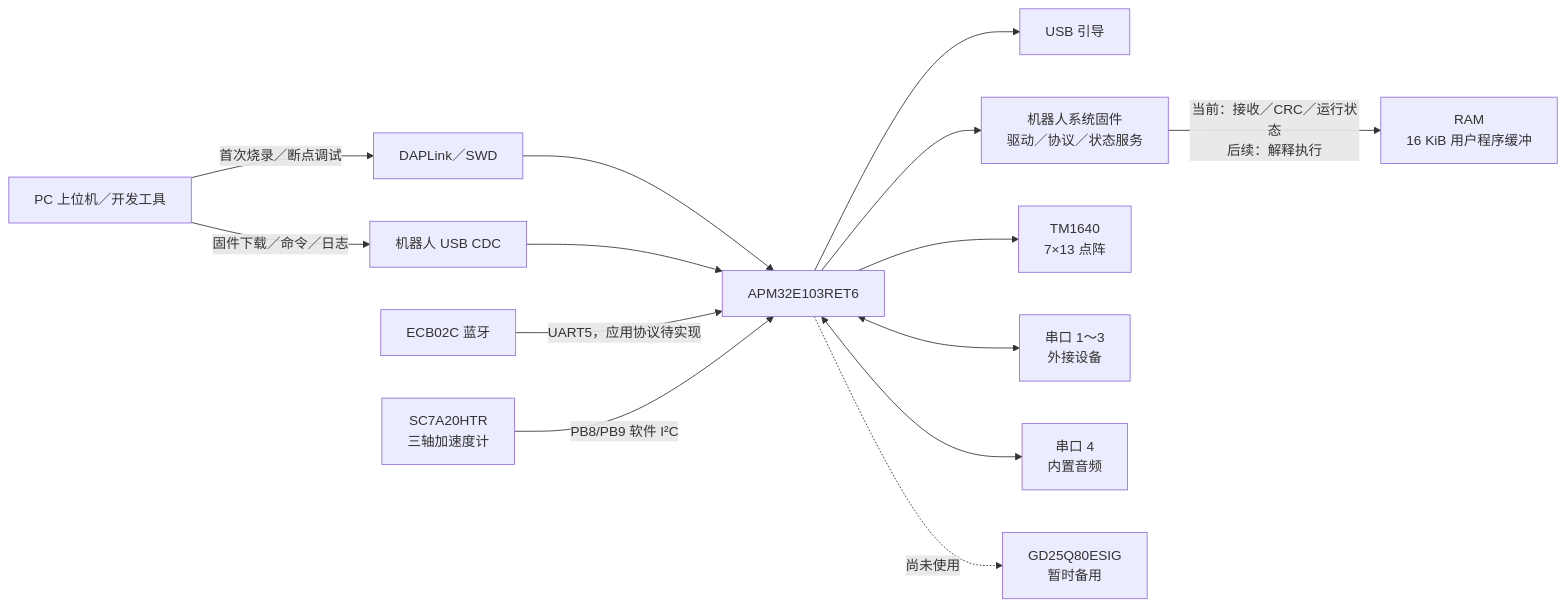
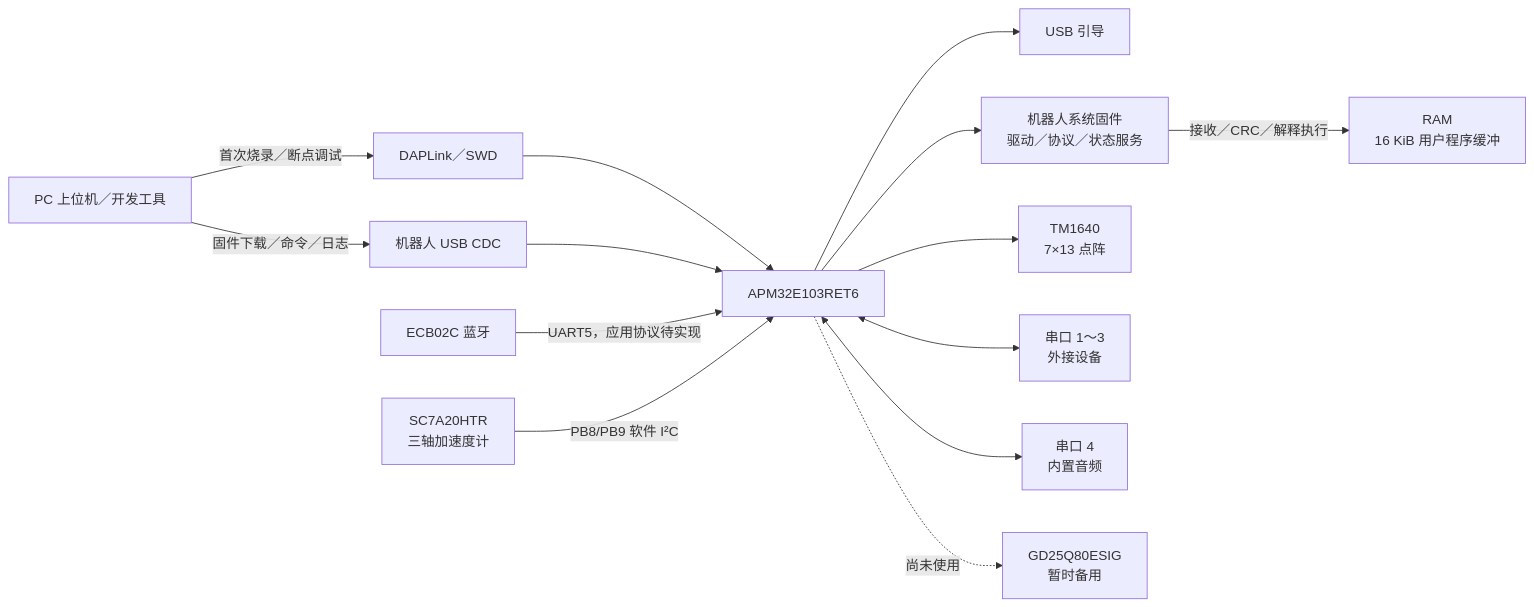
The first of 6 diagrams in docs/architecture_current.md (msl1831/KLQ_V2), drawn with Mermaid before and after one commit. The commit also changed other lines of this file and 20 other files, not shown here.

````diff
--- a/docs/architecture_current.md
+++ b/docs/architecture_current.md
@@ -19,30 +19,30 @@
 ```mermaid
 flowchart LR
     PC[PC 上位机／开发工具]
     DAP[DAPLink／SWD]
     USB[机器人 USB CDC]
     BLE[ECB02C 蓝牙]
     MCU[APM32E103RET6]
     BOOT[USB 引导]
     FW[机器人系统固件<br/>驱动／协议／状态服务]
     RAM[RAM<br/>16 KiB 用户程序缓冲]
     LED[TM1640<br/>7×13 点阵]
     ACC[SC7A20HTR<br/>三轴加速度计]
     EXT[串口 1～3<br/>外接设备]
     AUDIO[串口 4<br/>内置音频]
     FLASH[GD25Q80ESIG<br/>暂时备用]
 
     PC -->|固件下载／命令／日志| USB
     PC -->|首次烧录／断点调试| DAP
     DAP --> MCU
     USB --> MCU
     BLE -->|UART5，应用协议待实现| MCU
     MCU --> BOOT
     MCU --> FW
-    FW -->|当前：接收／CRC／运行状态<br/>后续：解释执行| RAM
+    FW -->|接收／CRC／解释执行| RAM
     MCU --> LED
     ACC -->|PB8/PB9 软件 I²C| MCU
     MCU <--> EXT
     MCU <--> AUDIO
     MCU -.->|尚未使用| FLASH
 ```
````
